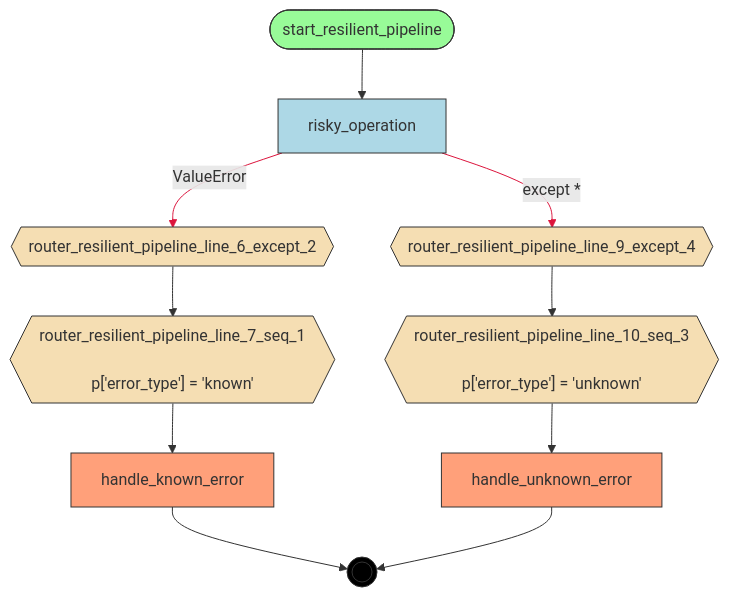
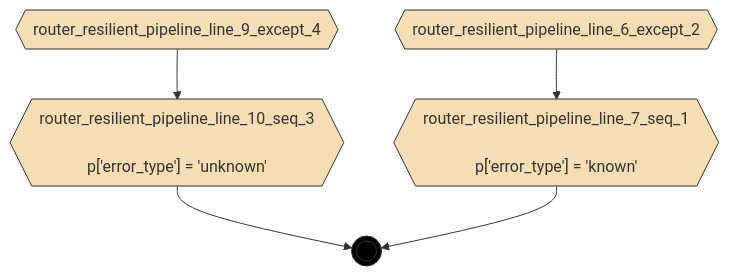
One commit to deliveryhero/asya changed the diagram in examples/flows/compiled/try_except_catch_all/flow.mmd. Above: the diagram before and after it, drawn with Mermaid. The commit also changed 210 other files, not shown here.

First line of the commit message:
feat: add .asya/ config for example flows, update flow-dsl.md

```diff
--- a/examples/flows/compiled/try_except_catch_all/flow.mmd
+++ b/examples/flows/compiled/try_except_catch_all/flow.mmd
@@ -1,34 +1,21 @@
 flowchart TD
     %% Flow: resilient_pipeline
 
-    handle_known_error[handle_known_error]
-    handle_unknown_error[handle_unknown_error]
-    risky_operation[risky_operation]
     router_resilient_pipeline_line_10_seq_3{{"router_resilient_pipeline_line_10_seq_3<br/><br/>p['error_type'] = 'unknown'"}}
     router_resilient_pipeline_line_6_except_2{{router_resilient_pipeline_line_6_except_2}}
     router_resilient_pipeline_line_7_seq_1{{"router_resilient_pipeline_line_7_seq_1<br/><br/>p['error_type'] = 'known'"}}
     router_resilient_pipeline_line_9_except_4{{router_resilient_pipeline_line_9_except_4}}
-    start_resilient_pipeline([start_resilient_pipeline])
     __end__((( )))
 
-    start_resilient_pipeline --> risky_operation
-    router_resilient_pipeline_line_7_seq_1 --> handle_known_error
     router_resilient_pipeline_line_6_except_2 --> router_resilient_pipeline_line_7_seq_1
-    router_resilient_pipeline_line_10_seq_3 --> handle_unknown_error
     router_resilient_pipeline_line_9_except_4 --> router_resilient_pipeline_line_10_seq_3
-    risky_operation -->|"ValueError"| router_resilient_pipeline_line_6_except_2
-    risky_operation -->|"except *"| router_resilient_pipeline_line_9_except_4
-    handle_known_error --> __end__
-    handle_unknown_error --> __end__
+    router_resilient_pipeline_line_10_seq_3 --> __end__
+    router_resilient_pipeline_line_7_seq_1 --> __end__
 
     classDef start fill:#98FB98,stroke:#333
     classDef endnode fill:#FFA07A,stroke:#333
     classDef router fill:#F5DEB3,stroke:#333
     classDef handler fill:#ADD8E6,stroke:#333
     classDef endpoint fill:#000,stroke:#333,color:#fff
-    class start_resilient_pipeline start
-    class handle_known_error,handle_unknown_error endnode
     class router_resilient_pipeline_line_10_seq_3,router_resilient_pipeline_line_6_except_2,router_resilient_pipeline_line_7_seq_1,router_resilient_pipeline_line_9_except_4 router
-    class risky_operation handler
     class __end__ endpoint
-    linkStyle 5,6 stroke:#DC143C
```
